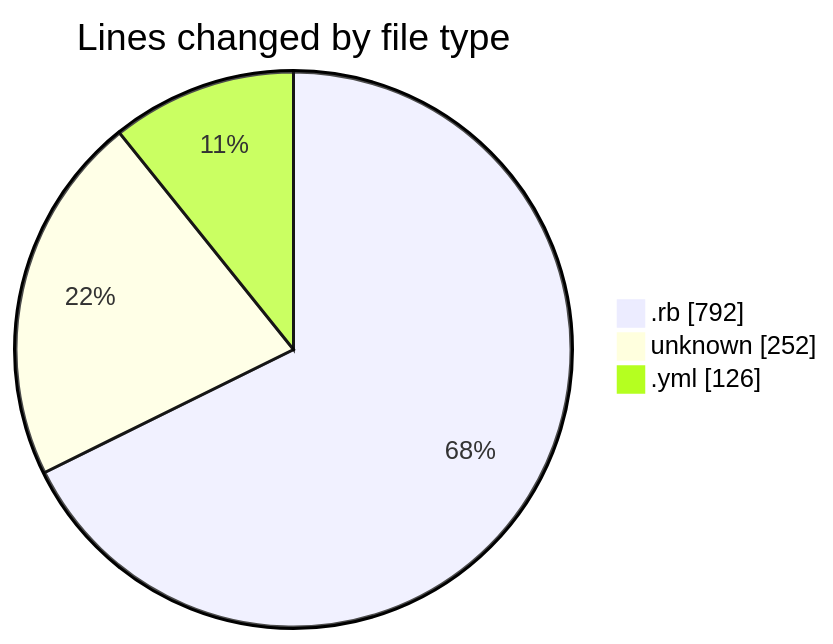
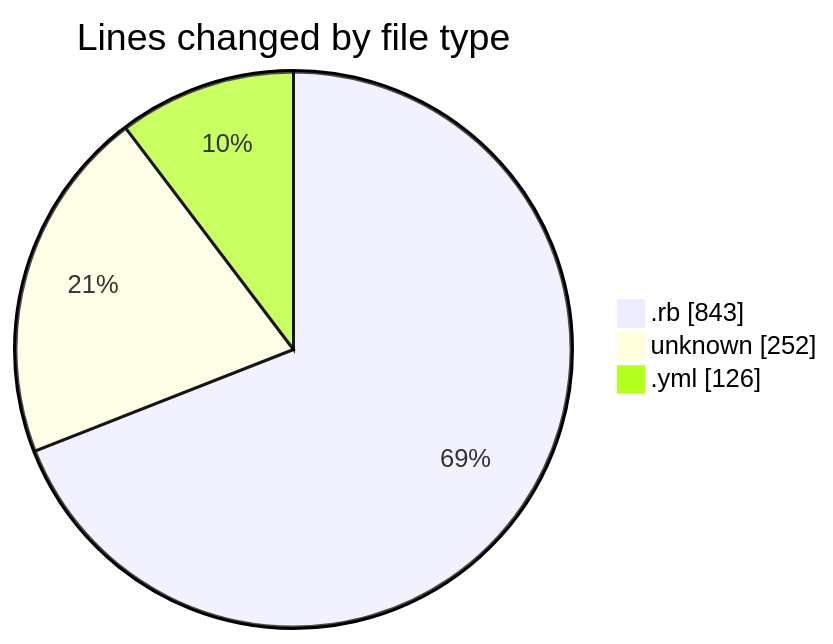
Before and after one commit to seballot/code-tracking: the first of 2 diagrams in 2025-06-19/app__container_registration-app__calm-app__/README.md, drawn with Mermaid. The commit also changed other lines of this file and 1 other file, not shown here.

````diff
--- a/2025-06-19/app__container_registration-app__calm-app__/README.md
+++ b/2025-06-19/app__container_registration-app__calm-app__/README.md
@@ -23,7 +24,7 @@
 ```mermaid
 pie showData
 title Lines changed by file type
-".rb" : 792
+".rb" : 843
 "unknown" : 252
 ".yml" : 126
 ```
````
